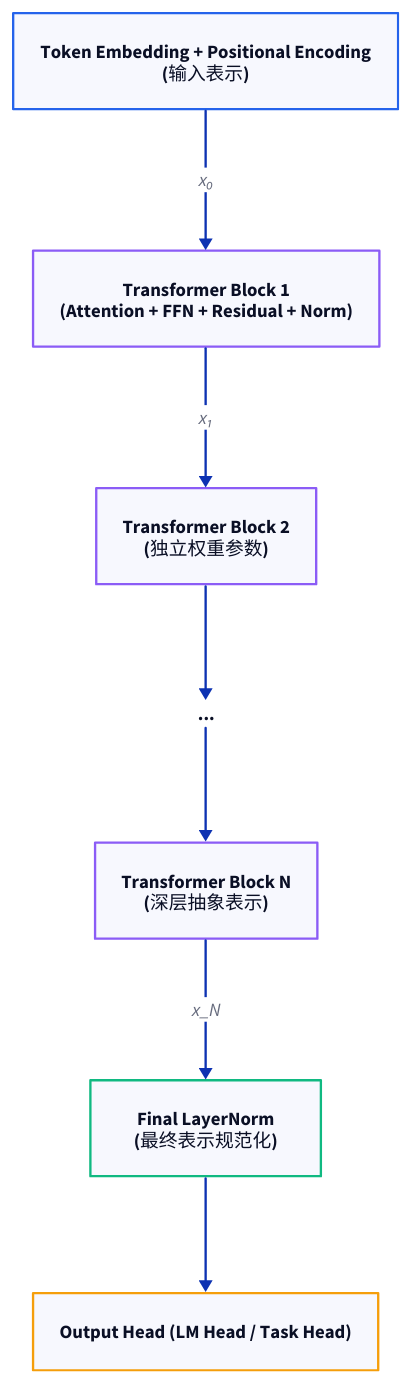
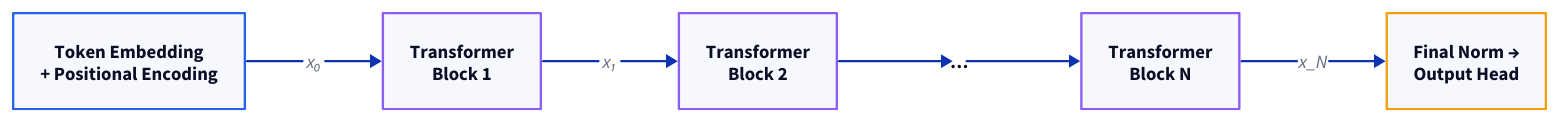
Before and after one commit to 111qqz/111qqz.github.io: the diagram in images/transformer-block-residual-stream/transformer-stack-simple.d2, drawn with D2. The commit also changed 4047 other files, not shown here.

First line of the commit message:
fix: 修复 D2 配图比例问题——放宽 CSS max-height 并重排 24 个极端纵横比图表

```diff
--- a/images/transformer-block-residual-stream/transformer-stack-simple.d2
+++ b/images/transformer-block-residual-stream/transformer-stack-simple.d2
@@ -1,44 +1,38 @@
-direction: down
+direction: right
 
-emb: "Token Embedding + Positional Encoding\n(输入表示)" {
+emb: "Token Embedding\n+ Positional Encoding" {
   style.stroke: "#2563eb"
   style.bold: true
 }
 
-b1: "Transformer Block 1\n(Attention + FFN + Residual + Norm)" {
+b1: "Transformer\nBlock 1" {
   style.stroke: "#8b5cf6"
   style.stroke-width: 2
 }
 
-b2: "Transformer Block 2\n(独立权重参数)" {
+b2: "Transformer\nBlock 2" {
   style.stroke: "#8b5cf6"
   style.stroke-width: 2
 }
 
-dots: "..." {
+dots: "…" {
   shape: text
   style.bold: true
 }
 
-bn: "Transformer Block N\n(深层抽象表示)" {
+bn: "Transformer\nBlock N" {
   style.stroke: "#8b5cf6"
   style.stroke-width: 2
 }
 
-final_norm: "Final LayerNorm\n(最终表示规范化)" {
-  style.stroke: "#10b981"
-  style.bold: true
-}
-
-head: "Output Head (LM Head / Task Head)" {
+head: "Final Norm →\nOutput Head" {
   style.stroke: "#f59e0b"
   style.stroke-width: 2
   style.bold: true
 }
 
 emb -> b1: "x₀"
 b1 -> b2: "x₁"
 b2 -> dots
 dots -> bn
-bn -> final_norm: "x_N"
-final_norm -> head
+bn -> head: "x_N"
```
